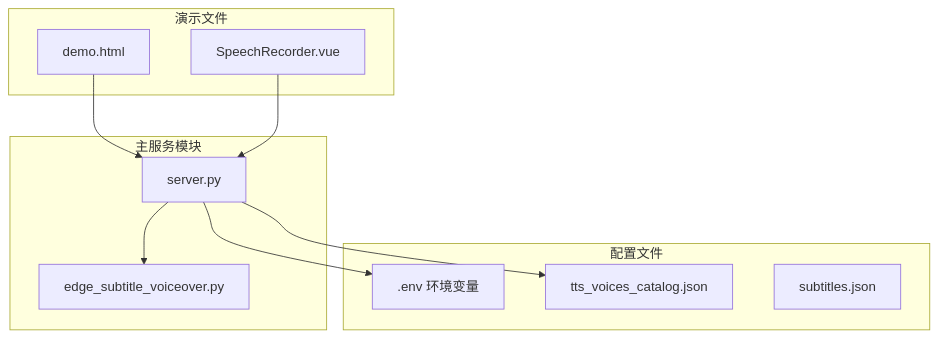
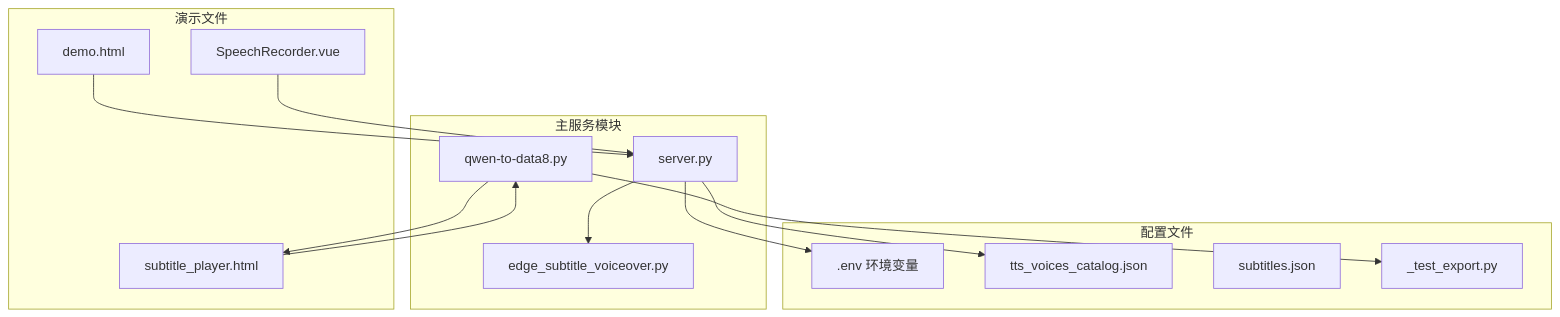
The fourth of 4 diagrams in .qoder/repowiki/zh/content/API接口参考/HTTP RESTful API端点.md (1024dashen/Vue3Speech), drawn with Mermaid before and after one commit. The commit also changed other lines of this file and 15 other files, not shown here.

````diff
--- a/.qoder/repowiki/zh/content/API接口参考/HTTP RESTful API端点.md
+++ b/.qoder/repowiki/zh/content/API接口参考/HTTP RESTful API端点.md
@@ -630,21 +801,27 @@
 ```mermaid
 graph TB
 subgraph "主服务模块"
 Server[server.py]
 EdgeVoiceover[edge_subtitle_voiceover.py]
+ExportService[qwen-to-data8.py]
 end
 subgraph "配置文件"
 Env[.env 环境变量]
 VoiceCatalog[tts_voices_catalog.json]
 Subtitles[subtitles.json]
+TestExport[_test_export.py]
 end
 subgraph "演示文件"
 Demo[demo.html]
 SpeechRecorder[SpeechRecorder.vue]
+Player[subtitle_player.html]
 end
 Server --> EdgeVoiceover
 Server --> VoiceCatalog
 Server --> Env
+ExportService --> TestExport
+ExportService --> Player
 Demo --> Server
 SpeechRecorder --> Server
+Player --> ExportService
 ```
````
